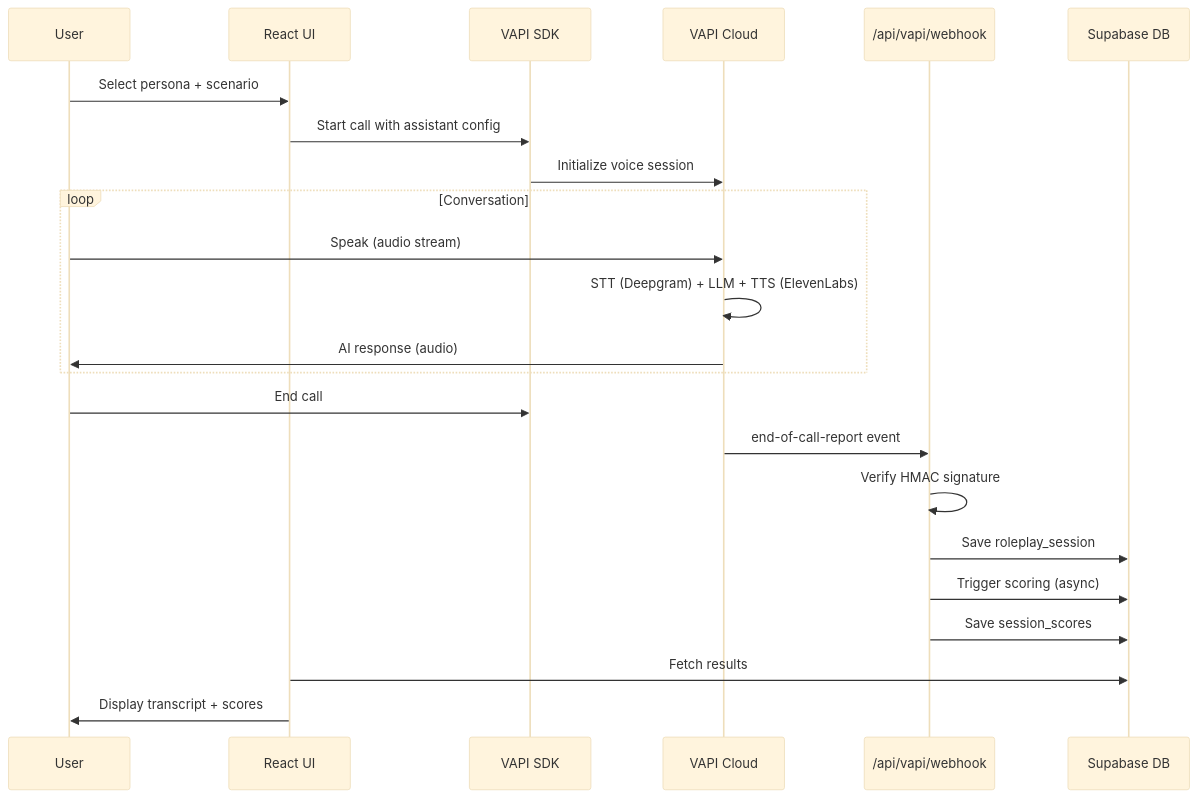
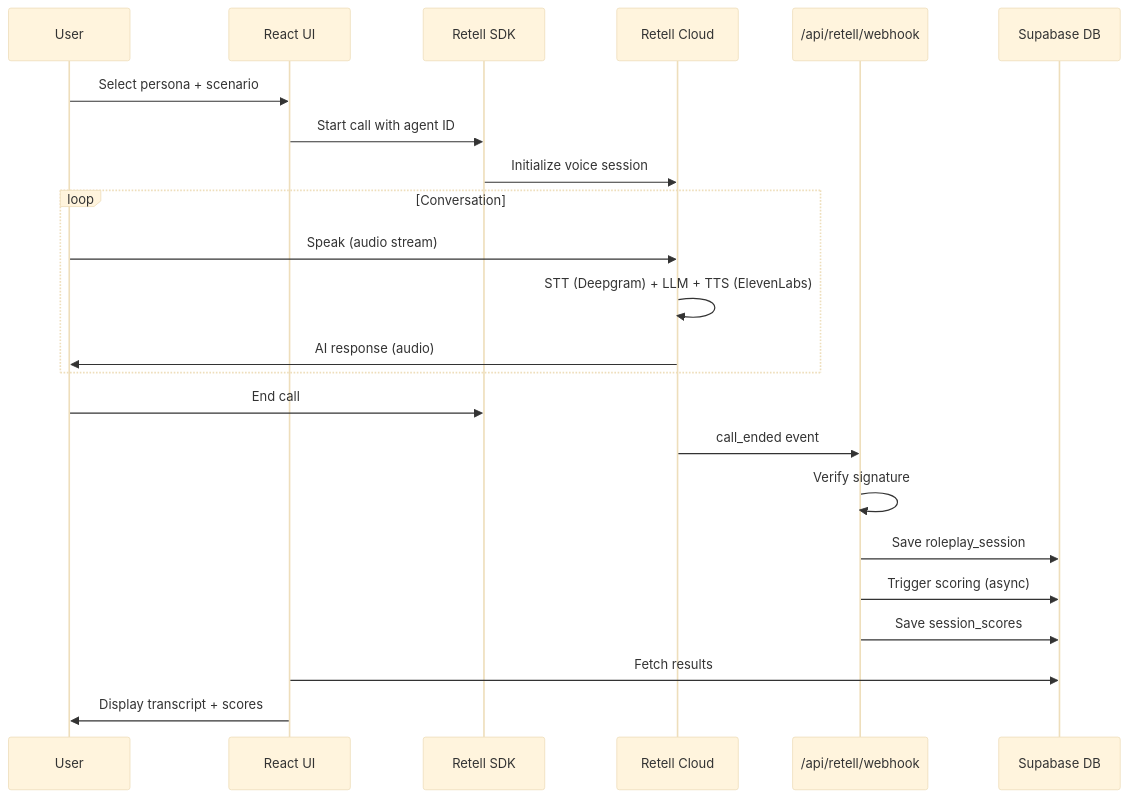
Before and after one commit to Qualiasolutions/underdogsales: the second of 4 diagrams in docs/ARCHITECTURE.md, drawn with Mermaid (base theme). The commit also changed other lines of this file and 5 other files, not shown here.

First line of the commit message:
docs(05): replace VAPI with Retell across all documentation

````diff
--- a/docs/ARCHITECTURE.md
+++ b/docs/ARCHITECTURE.md
@@ -137,28 +137,28 @@
 ```mermaid
 sequenceDiagram
     participant U as User
     participant UI as React UI
-    participant SDK as VAPI SDK
-    participant V as VAPI Cloud
-    participant WH as /api/vapi/webhook
+    participant SDK as Retell SDK
+    participant R as Retell Cloud
+    participant WH as /api/retell/webhook
     participant DB as Supabase DB
 
     U->>UI: Select persona + scenario
-    UI->>SDK: Start call with assistant config
-    SDK->>V: Initialize voice session
+    UI->>SDK: Start call with agent ID
+    SDK->>R: Initialize voice session
 
     loop Conversation
-        U->>V: Speak (audio stream)
-        V->>V: STT (Deepgram) + LLM + TTS (ElevenLabs)
-        V->>U: AI response (audio)
+        U->>R: Speak (audio stream)
+        R->>R: STT (Deepgram) + LLM + TTS (ElevenLabs)
+        R->>U: AI response (audio)
     end
 
     U->>SDK: End call
-    V->>WH: end-of-call-report event
-    WH->>WH: Verify HMAC signature
+    R->>WH: call_ended event
+    WH->>WH: Verify signature
     WH->>DB: Save roleplay_session
     WH->>DB: Trigger scoring (async)
     WH->>DB: Save session_scores
     UI->>DB: Fetch results
     UI->>U: Display transcript + scores
 ```
````
